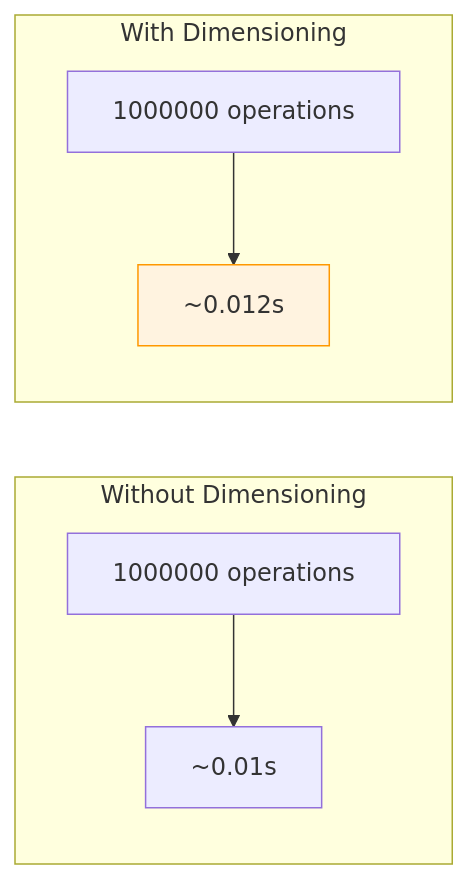
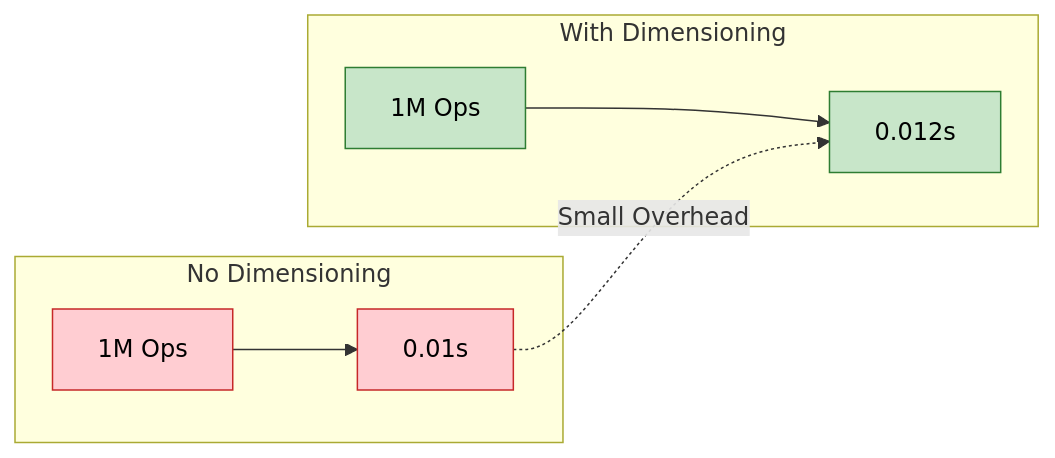
Before and after one commit to wramet/build-my-cfd: the fourth of 5 diagrams in MODULE_05_OPENFOAM_PROGRAMMING/CONTENT/02_DIMENSIONED_TYPES/05_Pitfalls_and_Solutions.md, drawn with Mermaid. The commit also changed other lines of this file and 313 other files, not shown here.

Commit message:
Revise all diagram

````diff
--- a/MODULE_05_OPENFOAM_PROGRAMMING/CONTENT/02_DIMENSIONED_TYPES/05_Pitfalls_and_Solutions.md
+++ b/MODULE_05_OPENFOAM_PROGRAMMING/CONTENT/02_DIMENSIONED_TYPES/05_Pitfalls_and_Solutions.md
@@ -475,10 +484,14 @@
 ```mermaid
-graph LR
-    subgraph "Without Dimensioning"
-        A1["1000000 operations"] --> B1["~0.01s"]
-    end
-    subgraph "With Dimensioning"
-        A2["1000000 operations"] --> B2["~0.012s"]
-    end
-    style B2 fill:#fff3e0,stroke:#ff9800
+flowchart LR
+classDef plain fill:#ffcdd2,stroke:#c62828,color:#000
+classDef dim fill:#c8e6c9,stroke:#2e7d32,color:#000
+subgraph Raw [No Dimensioning]
+    A1[1M Ops]:::plain --> B1[0.01s]:::plain
+end
+
+subgraph Dims [With Dimensioning]
+    A2[1M Ops]:::dim --> B2[0.012s]:::dim
+end
+
+B1 -.->|Small Overhead| B2
 ```
````
